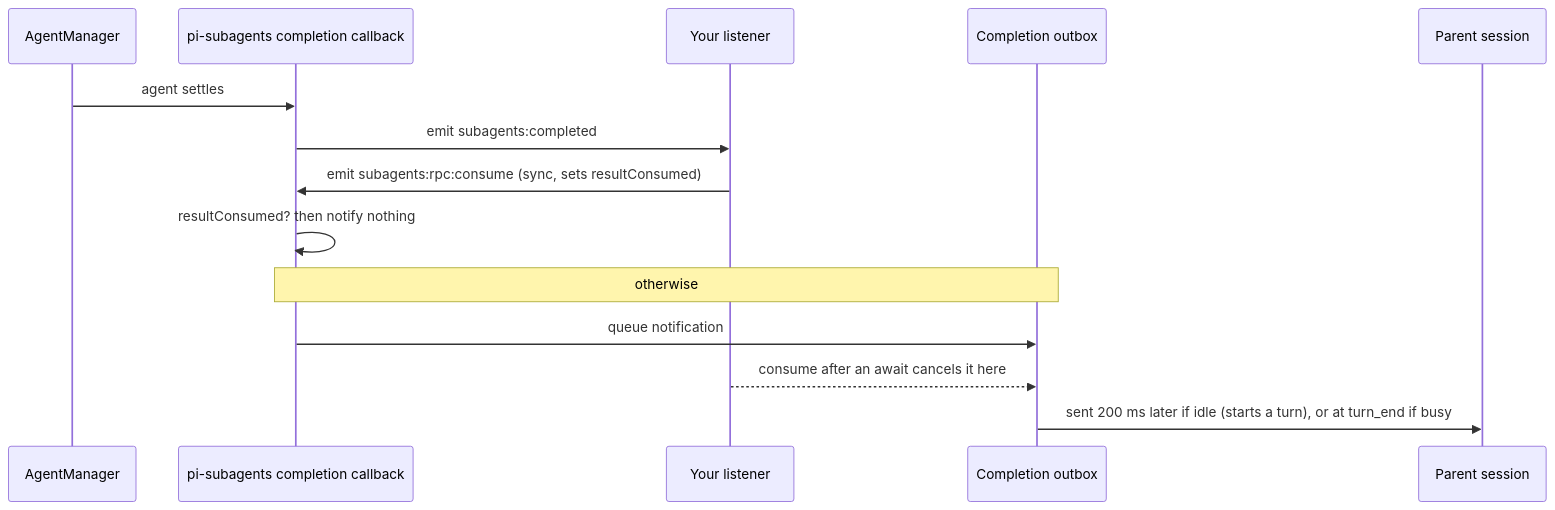
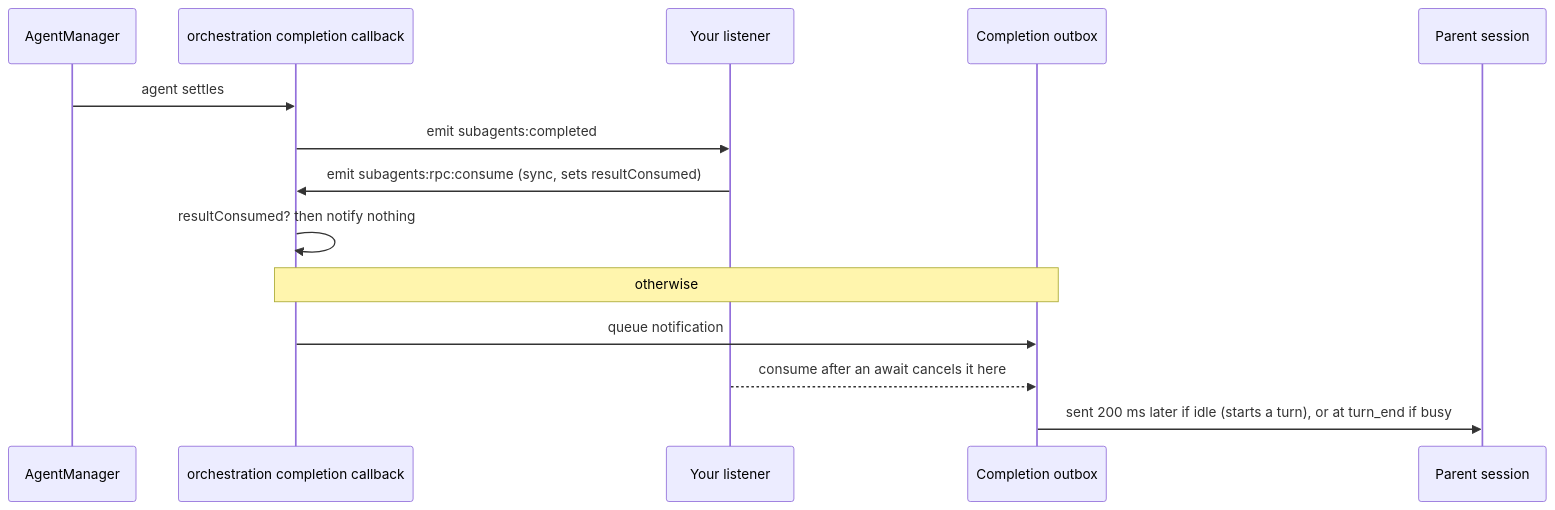
The third of 5 diagrams in docs/rpc.md (lfld287/swarm), drawn with Mermaid before and after one commit. The commit also changed other lines of this file and 21 other files, not shown here.

````diff
--- a/docs/rpc.md
+++ b/docs/rpc.md
@@ -174,16 +176,16 @@
 ```mermaid
 sequenceDiagram
   participant M as AgentManager
-  participant X as pi-subagents completion callback
+  participant X as orchestration completion callback
   participant Y as Your listener
   participant O as Completion outbox
   participant P as Parent session
   M->>X: agent settles
   X->>Y: emit subagents:completed
   Y->>X: emit subagents:rpc:consume (sync, sets resultConsumed)
   X->>X: resultConsumed? then notify nothing
   Note over X,O: otherwise
   X->>O: queue notification
   Y-->>O: consume after an await cancels it here
   O->>P: sent 200 ms later if idle (starts a turn), or at turn_end if busy
 ```
````
